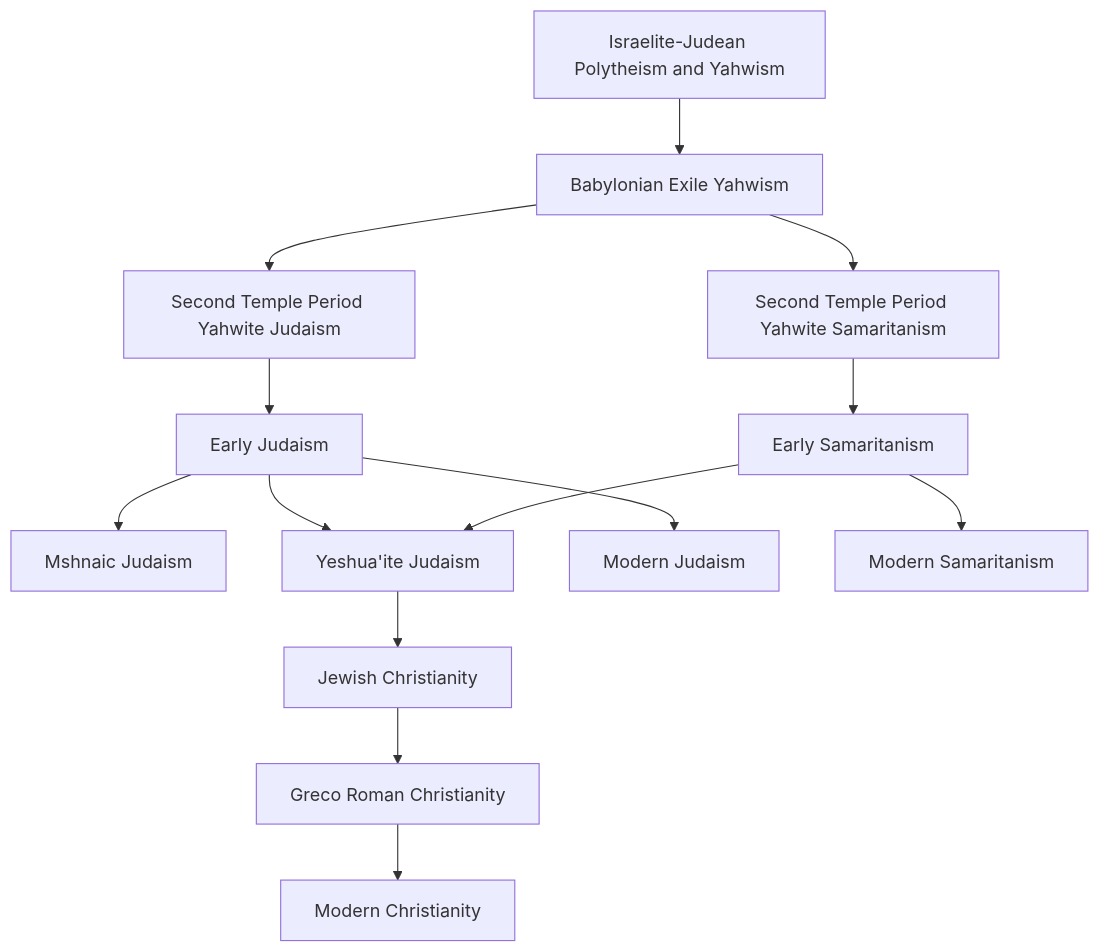
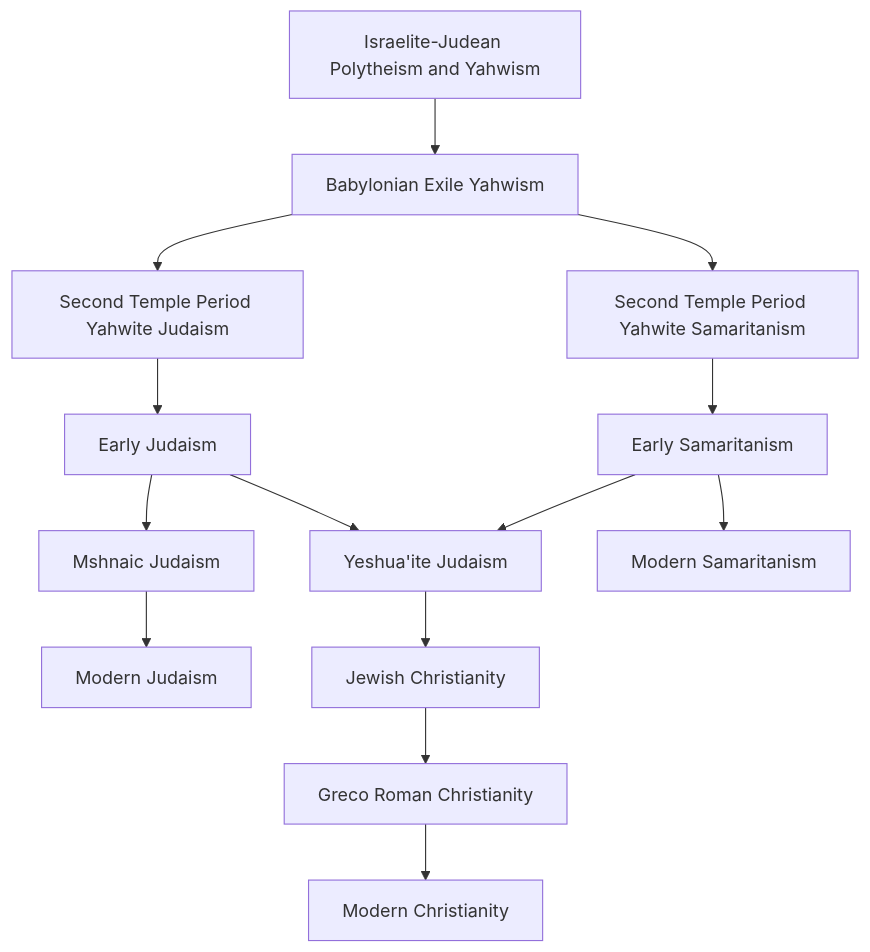
The diagram in emergence_of_judaism_and_samaritanism.mermaid (bendqh1/mermaid), drawn with Mermaid before and after one commit.

```diff
--- a/emergence_of_judaism_and_samaritanism.mermaid
+++ b/emergence_of_judaism_and_samaritanism.mermaid
@@ -1,18 +1,18 @@
 flowchart TD
     A1[Israelite-Judean Polytheism and Yahwism]
     A1 --> A2[Babylonian Exile Yahwism]
     A2 --> A3[Second Temple Period Yahwite Judaism] 
     A2 --> A4[Second Temple Period Yahwite Samaritanism]
 
     A3 --> B1[Early Judaism]
     A4 --> B2[Early Samaritanism]
 
     B1 --> C1[Mshnaic Judaism]
     B1 & B2 --> C2[Yeshua'ite Judaism]
 
-    B1 --> D1[Modern Judaism]
+    C1 --> D1[Modern Judaism]
     B2 --> D2[Modern Samaritanism]
     
     C2 --> XX1[Jewish Christianity]
     XX1 --> XX2[Greco Roman Christianity]
     XX2 --> XX3[Modern Christianity]
```
